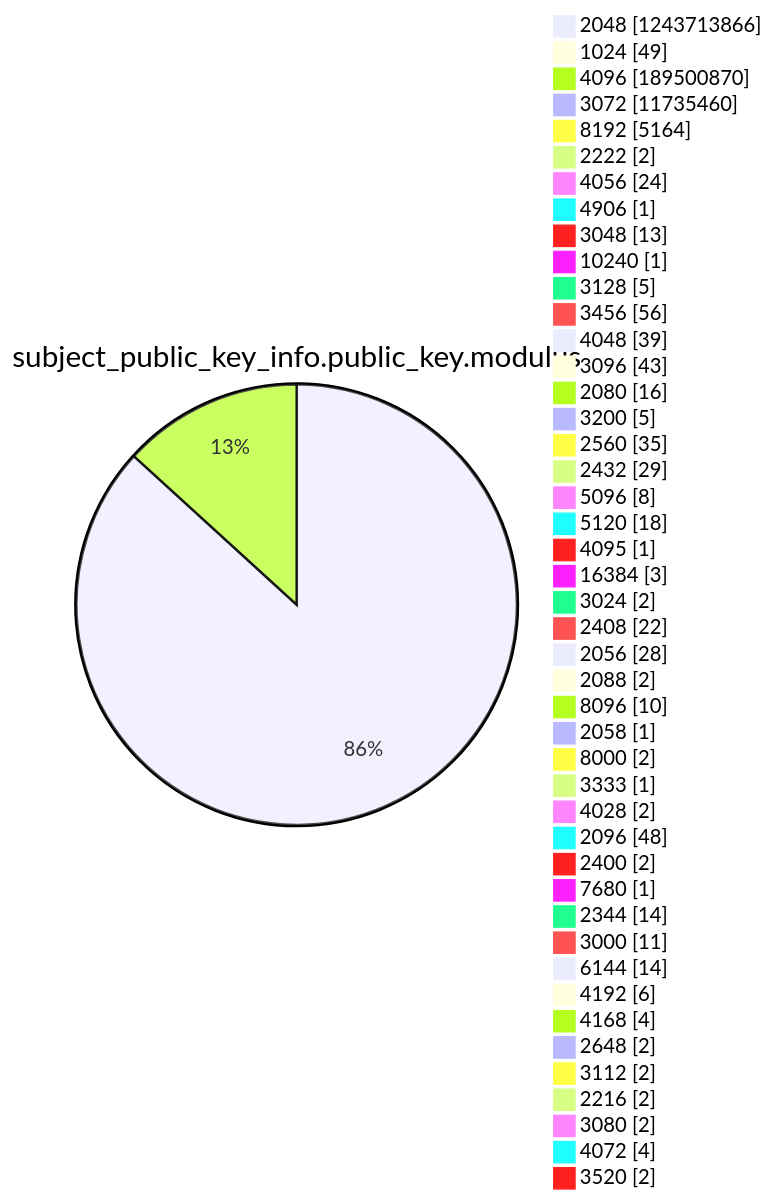
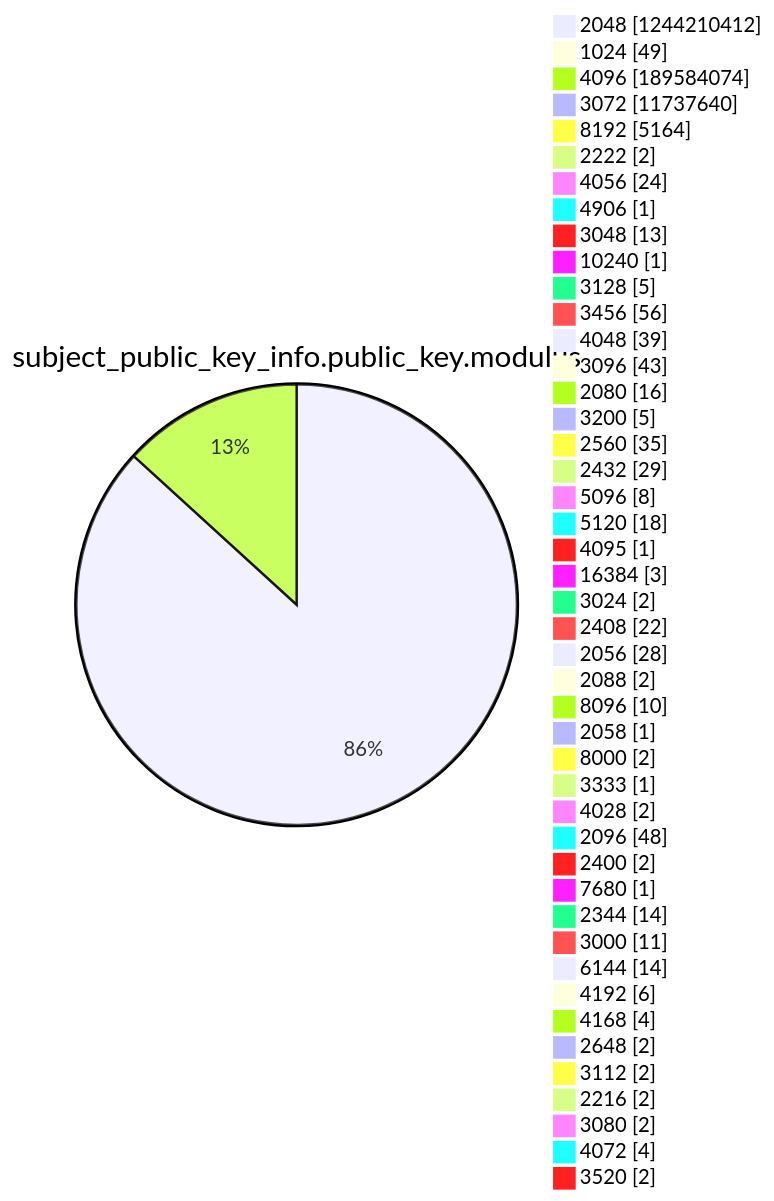
Before and after one commit to christiankrug/ctmonitor_visualization: diagram 13 of 15 in xenon2022/README.md, drawn with Mermaid. The commit also changed other lines of this file, not shown here.

````diff
--- a/xenon2022/README.md
+++ b/xenon2022/README.md
@@ -3918,49 +3918,49 @@
 ```mermaid
 pie showData
 title subject_public_key_info.public_key.modulus
-"2048" :1243713866
+"2048" :1244210412
 "1024" :49
-"4096" :189500870
-"3072" :11735460
+"4096" :189584074
+"3072" :11737640
 "8192" :5164
 "2222" :2
 "4056" :24
 "4906" :1
 "3048" :13
 "10240" :1
 "3128" :5
 "3456" :56
 "4048" :39
 "3096" :43
 "2080" :16
 "3200" :5
 "2560" :35
 "2432" :29
 "5096" :8
 "5120" :18
 "4095" :1
 "16384" :3
 "3024" :2
 "2408" :22
 "2056" :28
 "2088" :2
 "8096" :10
 "2058" :1
 "8000" :2
 "3333" :1
 "4028" :2
 "2096" :48
 "2400" :2
 "7680" :1
 "2344" :14
 "3000" :11
 "6144" :14
 "4192" :6
 "4168" :4
 "2648" :2
 "3112" :2
 "2216" :2
 "3080" :2
 "4072" :4
 "3520" :2
 ```
````
